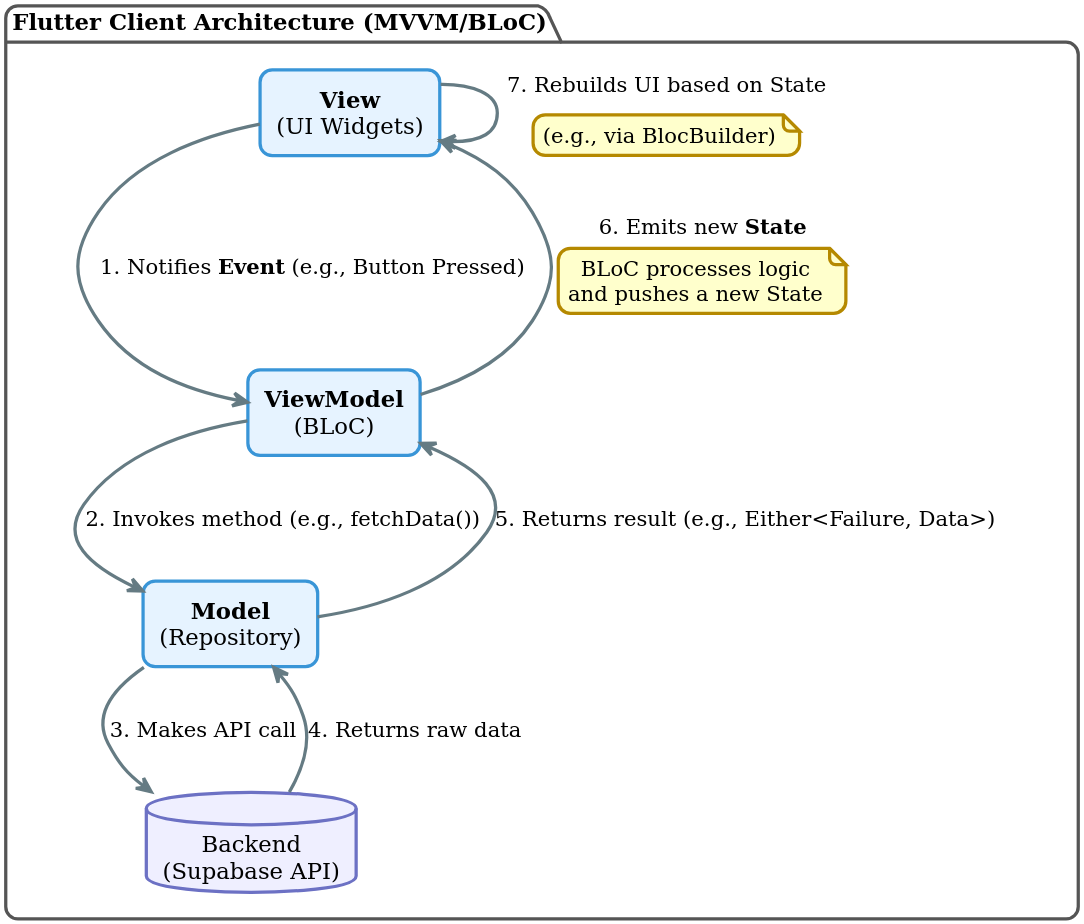
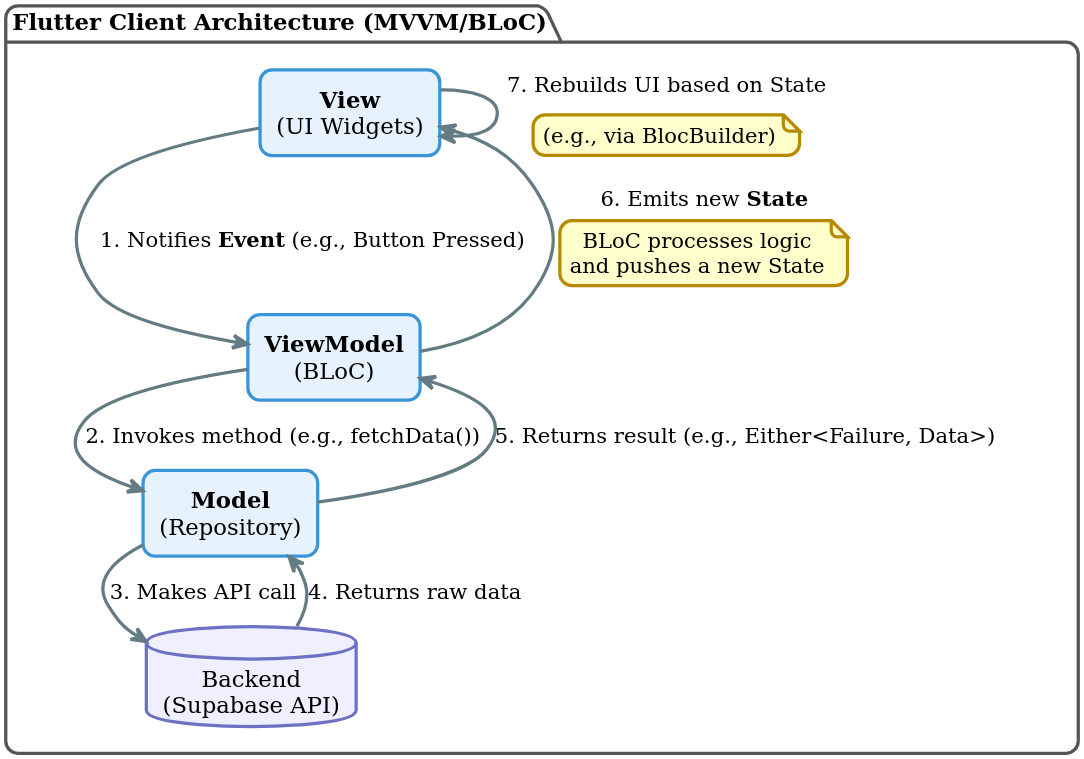
The diagram in thesis/diagrams/src/client-architecture.puml (TMoretta/Swift-Contest), drawn with PlantUML before and after one commit. The commit also changed 19 other files, not shown here.

```diff
--- a/thesis/diagrams/src/client-architecture.puml
+++ b/thesis/diagrams/src/client-architecture.puml
@@ -1,54 +1,56 @@
 @startuml
 
 !theme sunlust
 skinparam dpi 300
 top to bottom direction
 skinparam backgroundColor transparent
 skinparam actorStyle awesome
 skinparam shadowing false
+skinparam ranksep 25
+'skinparam nodesep 25
 
 skinparam package {
     backgroundColor #FFFFFF
     borderColor #555555
 }
 skinparam rectangle {
   backgroundColor #E6F3FF
   borderColor #3995D7
 }
 
 ' =======================================
 ' Definizione dei Componenti
 ' =======================================
 
 package "Flutter Client Architecture (MVVM/BLoC)" {
 
     rectangle "**View**\n(UI Widgets)" as View
     rectangle "**ViewModel**\n(BLoC)" as BLoC
     rectangle "**Model**\n(Repository)" as Repository
 
     database "Backend\n(Supabase API)" as Backend
 }
 
 ' =======================================
 ' Definizione del Flusso di Dati
 ' =======================================
 
 ' --- Flusso di Interazione dell'Utente (Command) ---
 View -> BLoC : 1. Notifies **Event** (e.g., Button Pressed)
 BLoC -> Repository : 2. Invokes method (e.g., fetchData())
 Repository -> Backend : 3. Makes API call
 Backend --> Repository : 4. Returns raw data
 
 ' --- Flusso di Ritorno dei Dati (Processing) ---
 Repository --> BLoC : 5. Returns result (e.g., Either<Failure, Data>)
 
 ' --- Flusso Reattivo dello Stato (State Stream) ---
 ' Il BLoC processa il risultato e emette un nuovo stato
 BLoC --> View : 6. Emits new **State**
 note on link: BLoC processes logic\nand pushes a new State
 
 ' La View si ricostruisce in base al nuovo stato
 View -> View : 7. Rebuilds UI based on State
 note on link: (e.g., via BlocBuilder)
 
 @enduml
```
